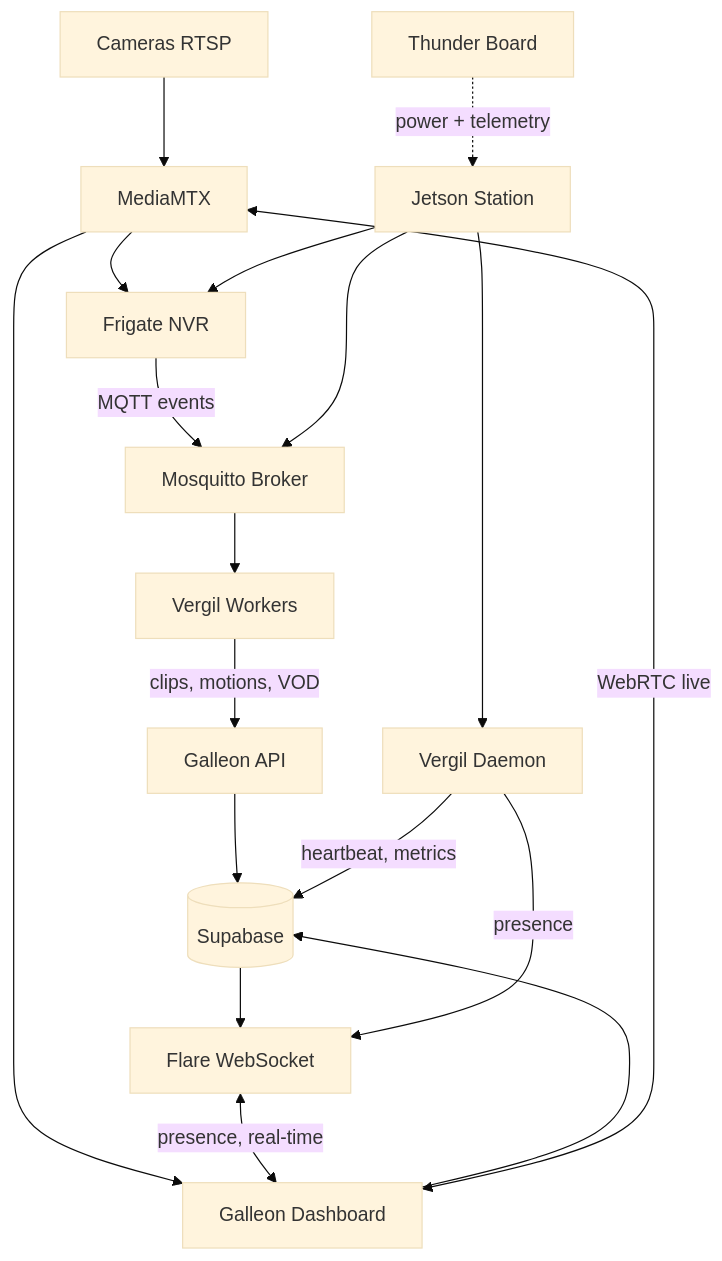
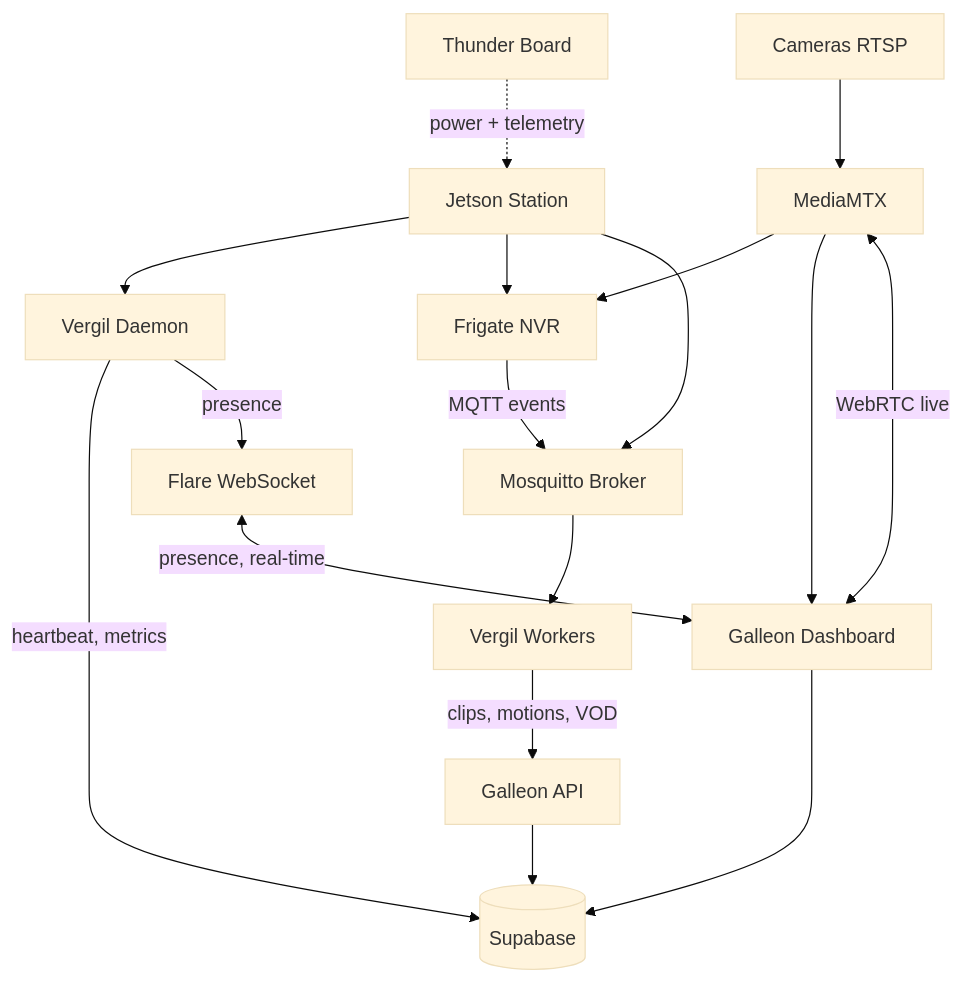
The diagram in wiki/Home.md (covenant-org/argus-one), drawn with Mermaid (base theme) before and after one commit. The commit also changed other lines of this file and 8 other files, not shown here.

````diff
--- a/wiki/Home.md
+++ b/wiki/Home.md
@@ -7,20 +7,19 @@
 ```mermaid
 flowchart TD
     CAM[Cameras RTSP] --> MTX[MediaMTX]
     MTX --> FRG[Frigate NVR]
     MTX --> GAL[Galleon Dashboard]
     FRG -->|MQTT events| MOS[Mosquitto Broker]
     MOS --> WRK[Vergil Workers]
     WRK -->|clips, motions, VOD| API[Galleon API]
     API --> SB[(Supabase)]
     GAL --> SB
     GAL <-->|WebRTC live| MTX
-    SB --> FL[Flare WebSocket]
-    FL <-->|presence, real-time| GAL
+    FL[Flare WebSocket] <-->|presence, real-time| GAL
     VRG[Vergil Daemon] -->|heartbeat, metrics| SB
     VRG -->|presence| FL
     TB[Thunder Board] -.->|power + telemetry| JETSON[Jetson Station]
     JETSON --> VRG
     JETSON --> FRG
     JETSON --> MOS
 ```
````
